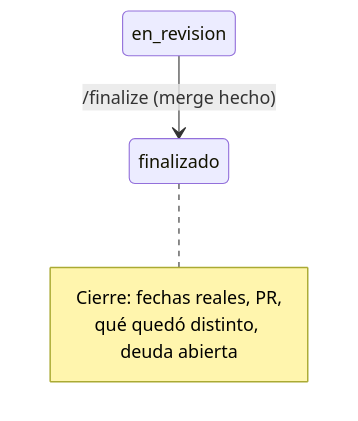
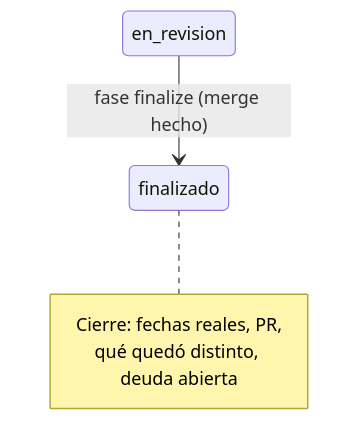
One commit to octavio-parozlabs/mindstack changed the diagram in skills/workflow/references/finalize.md. Above: the diagram before and after it, drawn with Mermaid. The commit also changed other lines of this file and 58 other files, not shown here.

````diff
--- a/skills/workflow/references/finalize.md
+++ b/skills/workflow/references/finalize.md
@@ -5,8 +5,8 @@
 ```mermaid
 stateDiagram-v2
-    en_revision --> finalizado: /finalize (merge hecho)
+    en_revision --> finalizado: fase finalize (merge hecho)
     note right of finalizado
         Cierre: fechas reales, PR,
         qué quedó distinto, deuda abierta
     end note
 ```
````
